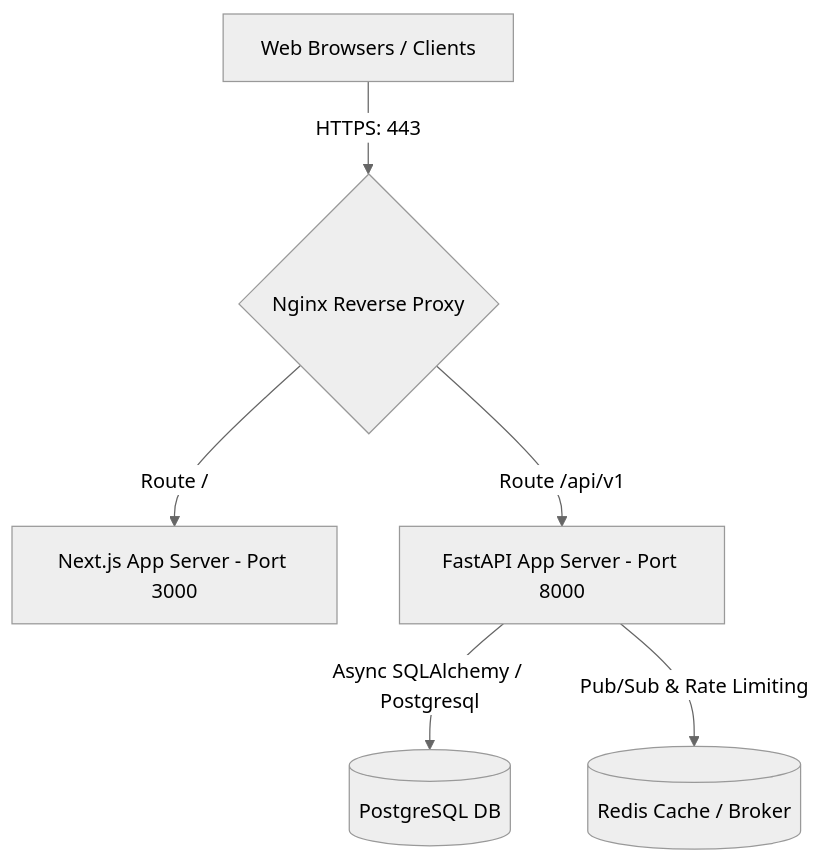
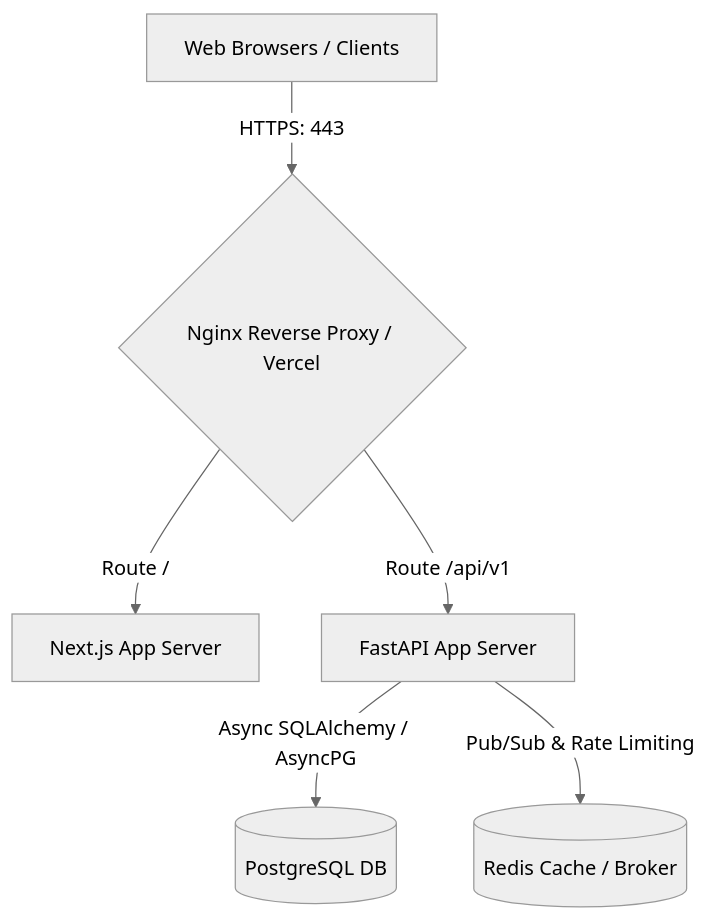
One commit to pabolusriram-gith/QUIZ_AI changed the diagram in README.md. Above: the diagram before and after it, drawn with Mermaid (neutral theme). The commit also changed other lines of this file and 2 other files, not shown here.

````diff
--- a/README.md
+++ b/README.md
@@ -15,8 +46,8 @@
 ```mermaid
 graph TD
-    Client[Web Browsers / Clients] -->|HTTPS: 443| Nginx{Nginx Reverse Proxy}
-    Nginx -->|Route /| Frontend[Next.js App Server - Port 3000]
-    Nginx -->|Route /api/v1| Backend[FastAPI App Server - Port 8000]
-    Backend -->|Async SQLAlchemy / Postgresql| PostgreSQL[(PostgreSQL DB)]
+    Client[Web Browsers / Clients] -->|HTTPS: 443| Nginx{Nginx Reverse Proxy / Vercel}
+    Nginx -->|Route /| Frontend[Next.js App Server]
+    Nginx -->|Route /api/v1| Backend[FastAPI App Server]
+    Backend -->|Async SQLAlchemy / AsyncPG| PostgreSQL[(PostgreSQL DB)]
     Backend -->|Pub/Sub & Rate Limiting| Redis[(Redis Cache / Broker)]
 ```
````
